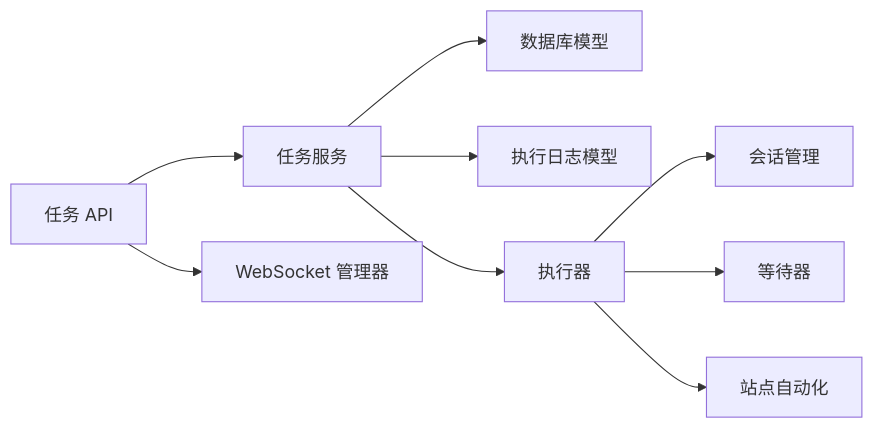
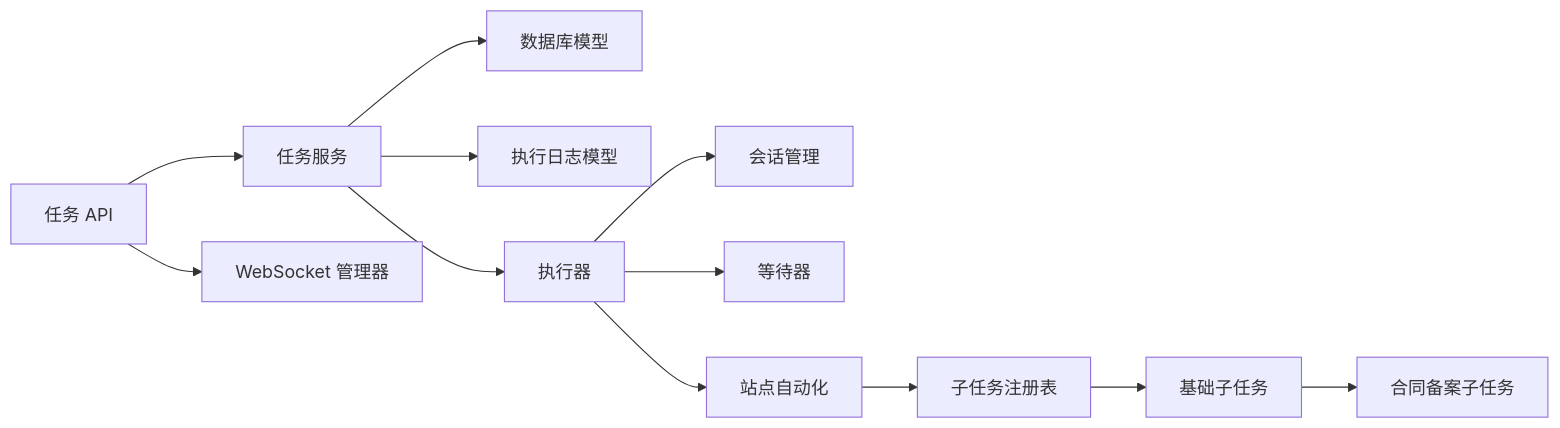
Before and after one commit to onebody/ccclubs_AI_RPA: the tenth of 10 diagrams in .qoder/repowiki/zh/content/后端服务架构/任务管理系统.md, drawn with Mermaid. The commit also changed other lines of this file and 50 other files, not shown here.

````diff
--- a/.qoder/repowiki/zh/content/后端服务架构/任务管理系统.md
+++ b/.qoder/repowiki/zh/content/后端服务架构/任务管理系统.md
@@ -354,11 +562,14 @@
 ```mermaid
 graph LR
 API["任务 API"] --> SVC["任务服务"]
 SVC --> DB["数据库模型"]
 SVC --> LOG["执行日志模型"]
 SVC --> EXE["执行器"]
 EXE --> SM["会话管理"]
 EXE --> WA["等待器"]
 EXE --> SA["站点自动化"]
+SA --> STR["子任务注册表"]
+STR --> BST["基础子任务"]
+BST --> FST["合同备案子任务"]
 API --> WS["WebSocket 管理器"]
 ```
````
